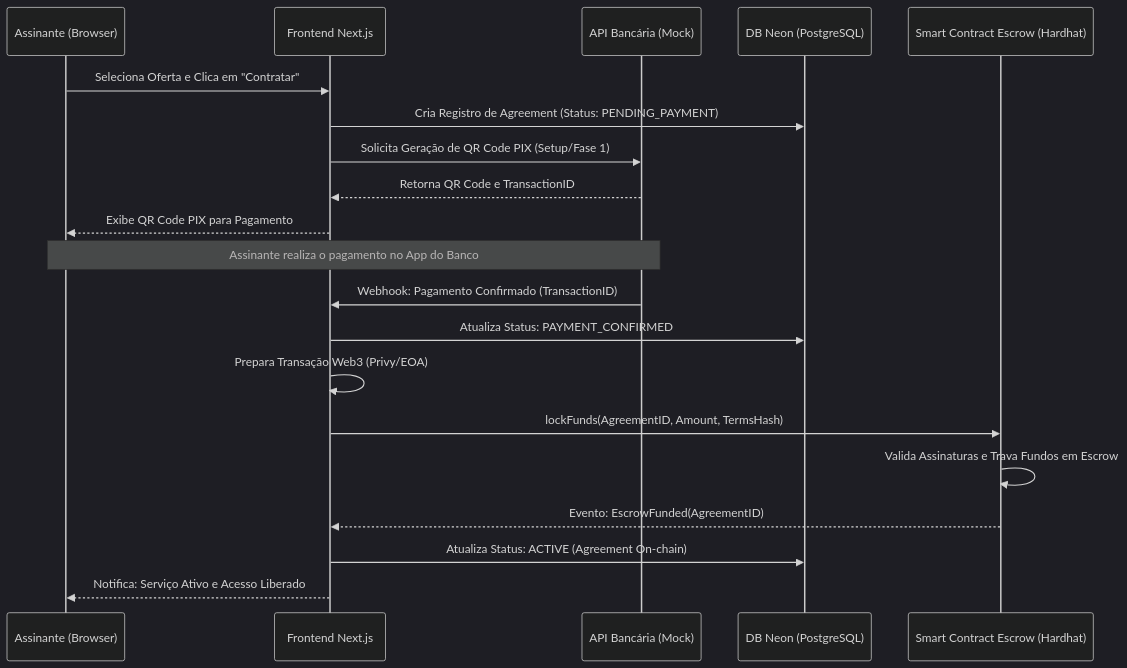
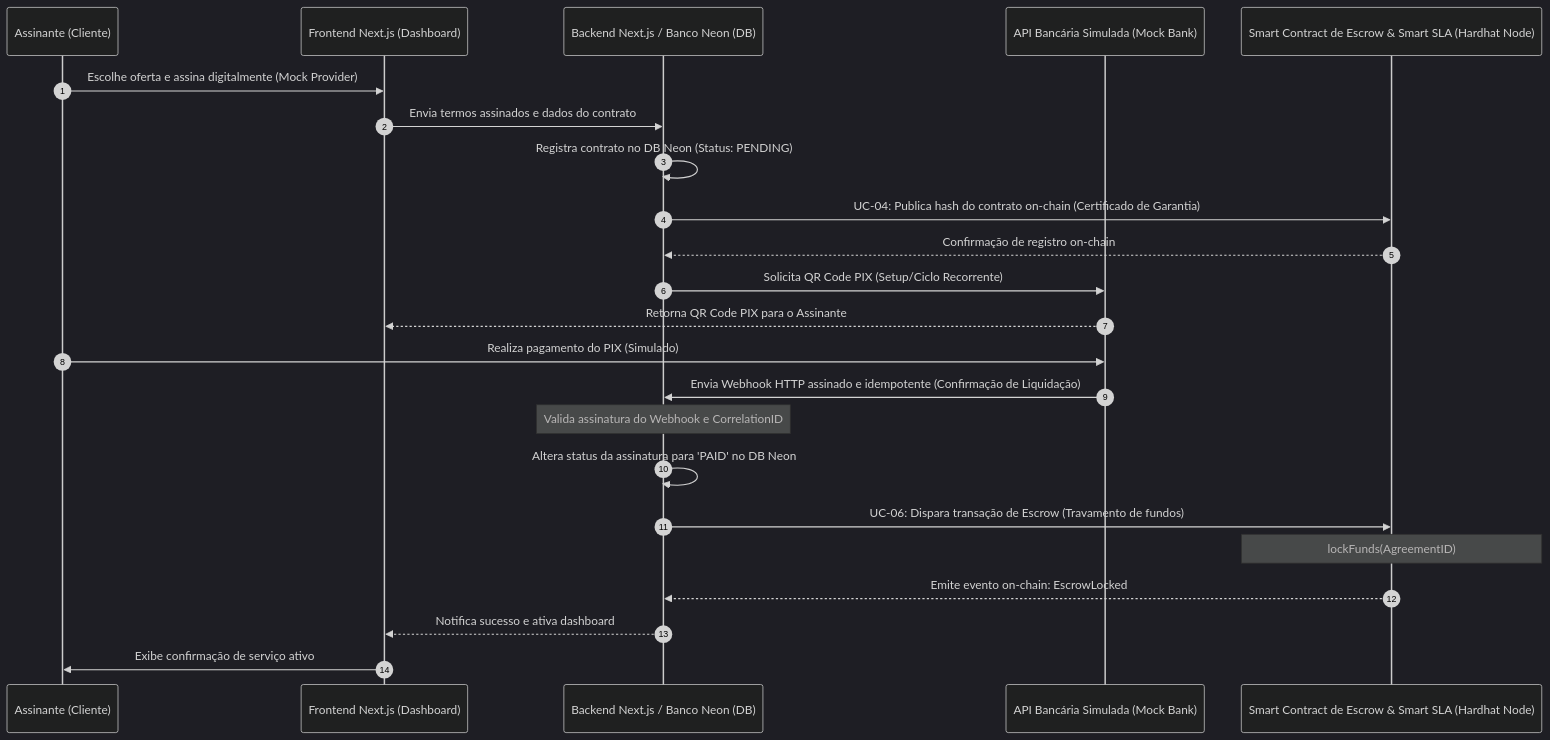
One commit to govinda777/HireTrust changed the first of 3 diagrams in docs/global-architecture.md. Above: the diagram before and after it, drawn with Mermaid (dark theme). The commit also changed other lines of this file and 2 other files, not shown here.

````diff
--- a/docs/global-architecture.md
+++ b/docs/global-architecture.md
@@ -12,25 +12,29 @@
 ```mermaid
 sequenceDiagram
-    participant U as Assinante (Browser)
-    participant F as Frontend Next.js
-    participant API as API Bancária (Mock)
-    participant DB as DB Neon (PostgreSQL)
-    participant SC as Smart Contract Escrow (Hardhat)
+    autonumber
+    participant U as Assinante (Cliente)
+    participant F as Frontend Next.js (Dashboard)
+    participant B as Backend Next.js / Banco Neon (DB)
+    participant M as API Bancária Simulada (Mock Bank)
+    participant H as Smart Contract de Escrow & Smart SLA (Hardhat Node)
 
-    U->>F: Seleciona Oferta e Clica em "Contratar"
-    F->>DB: Cria Registro de Agreement (Status: PENDING_PAYMENT)
-    F->>API: Solicita Geração de QR Code PIX (Setup/Fase 1)
-    API-->>F: Retorna QR Code e TransactionID
-    F-->>U: Exibe QR Code PIX para Pagamento
+    U->>F: Escolhe oferta e assina digitalmente (Mock Provider)
+    F->>B: Envia termos assinados e dados do contrato
+    B->>B: Registra contrato no DB Neon (Status: PENDING)
+    B->>H: UC-04: Publica hash do contrato on-chain (Certificado de Garantia)
+    H-->>B: Confirmação de registro on-chain
 
-    Note over U, API: Assinante realiza o pagamento no App do Banco
+    B->>M: Solicita QR Code PIX (Setup/Ciclo Recorrente)
+    M-->>F: Retorna QR Code PIX para o Assinante
+    U->>M: Realiza pagamento do PIX (Simulado)
 
-    API->>F: Webhook: Pagamento Confirmado (TransactionID)
-    F->>DB: Atualiza Status: PAYMENT_CONFIRMED
-    F->>F: Prepara Transação Web3 (Privy/EOA)
-    F->>SC: lockFunds(AgreementID, Amount, TermsHash)
-    SC->>SC: Valida Assinaturas e Trava Fundos em Escrow
-    SC-->>F: Evento: EscrowFunded(AgreementID)
-    F->>DB: Atualiza Status: ACTIVE (Agreement On-chain)
-    F-->>U: Notifica: Serviço Ativo e Acesso Liberado
+    M->>B: Envia Webhook HTTP assinado e idempotente (Confirmação de Liquidação)
+    Note over B: Valida assinatura do Webhook e CorrelationID
+    B->>B: Altera status da assinatura para 'PAID' no DB Neon
+
+    B->>H: UC-06: Dispara transação de Escrow (Travamento de fundos)
+    Note over H: lockFunds(AgreementID)
+    H-->>B: Emite evento on-chain: EscrowLocked
+    B-->>F: Notifica sucesso e ativa dashboard
+    F->>U: Exibe confirmação de serviço ativo
 ```
````
